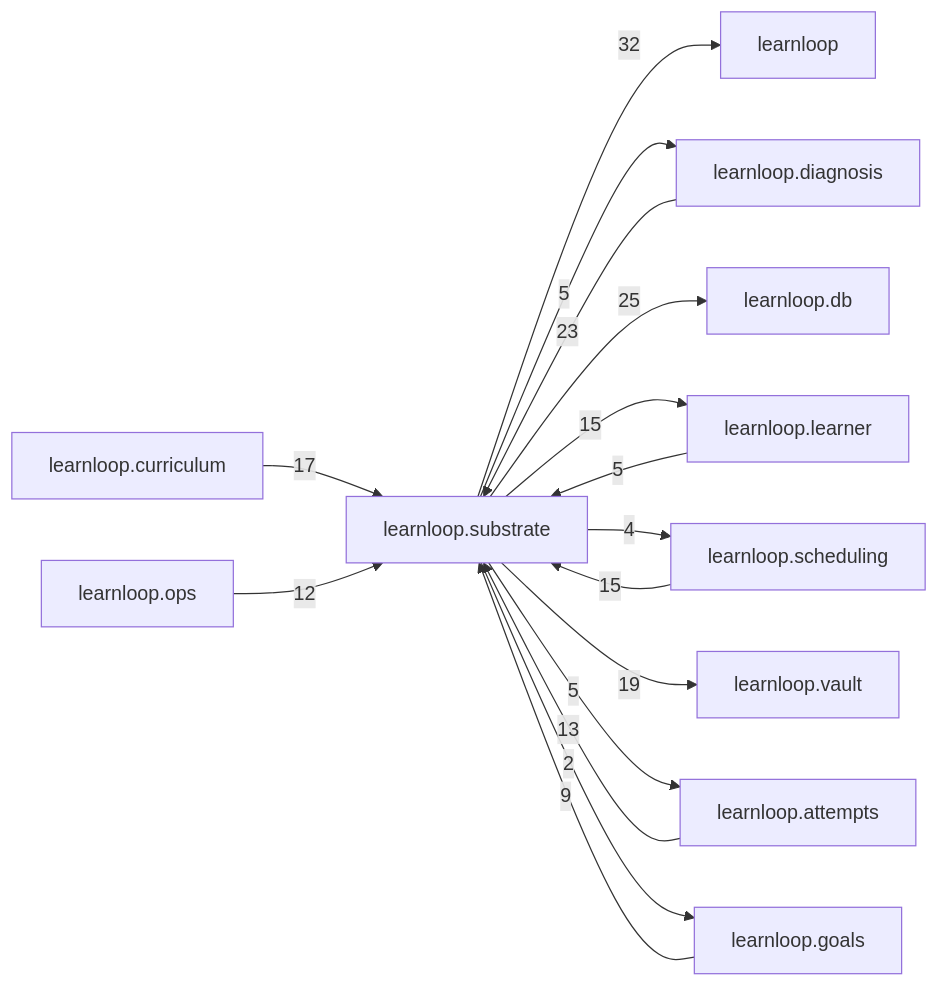
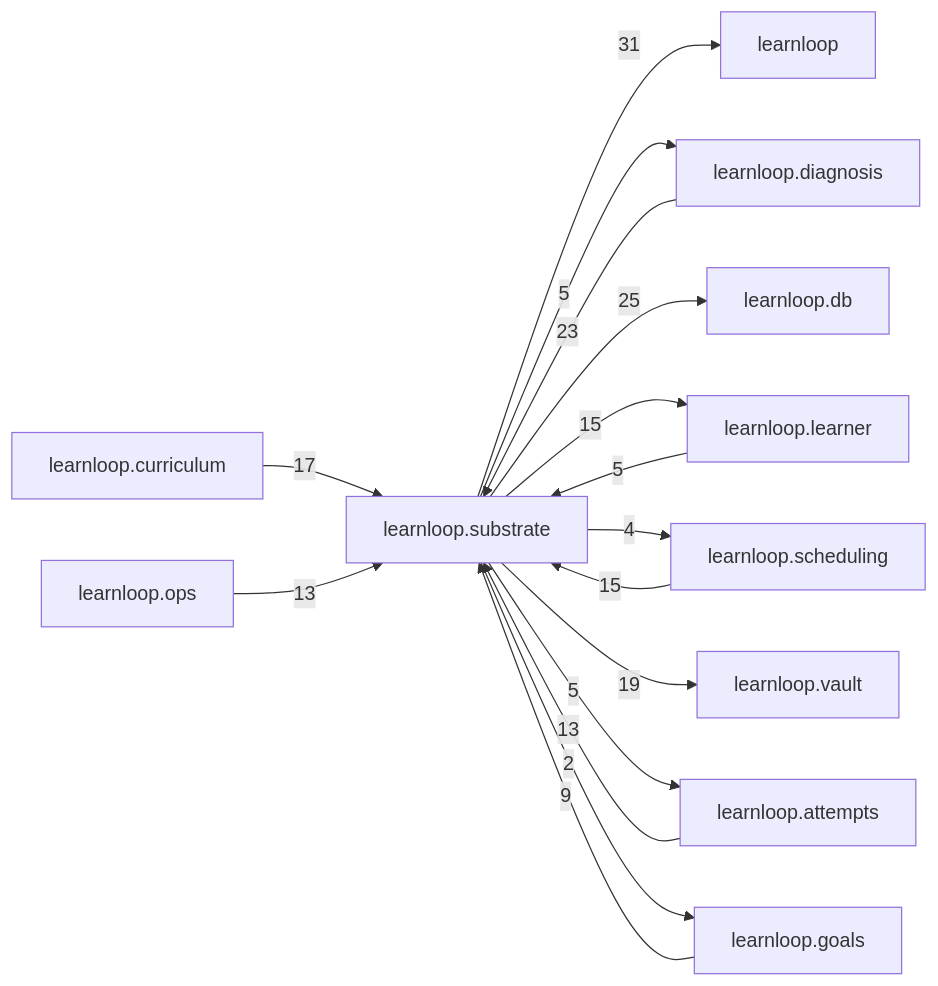
One commit to 6up-b/learnanything changed the diagram in docs/learnloop-architecture-vault/Reference/Modules/learnloop/substrate/_package.md. Above: the diagram before and after it, drawn with Mermaid. The commit also changed other lines of this file and 258 other files, not shown here.

````diff
--- a/docs/learnloop-architecture-vault/Reference/Modules/learnloop/substrate/_package.md
+++ b/docs/learnloop-architecture-vault/Reference/Modules/learnloop/substrate/_package.md
@@ -162,29 +164,29 @@
 ```mermaid
 flowchart LR
     center["learnloop.substrate"]
     n_learnloop["learnloop"]
     n_learnloop_diagnosis["learnloop.diagnosis"]
     n_learnloop_db["learnloop.db"]
     n_learnloop_learner["learnloop.learner"]
     n_learnloop_scheduling["learnloop.scheduling"]
     n_learnloop_vault["learnloop.vault"]
     n_learnloop_attempts["learnloop.attempts"]
     n_learnloop_curriculum["learnloop.curriculum"]
     n_learnloop_ops["learnloop.ops"]
     n_learnloop_goals["learnloop.goals"]
-    center -->|32| n_learnloop
+    center -->|31| n_learnloop
     n_learnloop_diagnosis -->|23| center
     center -->|5| n_learnloop_diagnosis
     center -->|25| n_learnloop_db
     n_learnloop_learner -->|5| center
     center -->|15| n_learnloop_learner
     n_learnloop_scheduling -->|15| center
     center -->|4| n_learnloop_scheduling
     center -->|19| n_learnloop_vault
     n_learnloop_attempts -->|13| center
     center -->|5| n_learnloop_attempts
     n_learnloop_curriculum -->|17| center
-    n_learnloop_ops -->|12| center
+    n_learnloop_ops -->|13| center
     n_learnloop_goals -->|9| center
     center -->|2| n_learnloop_goals
 ```
````
